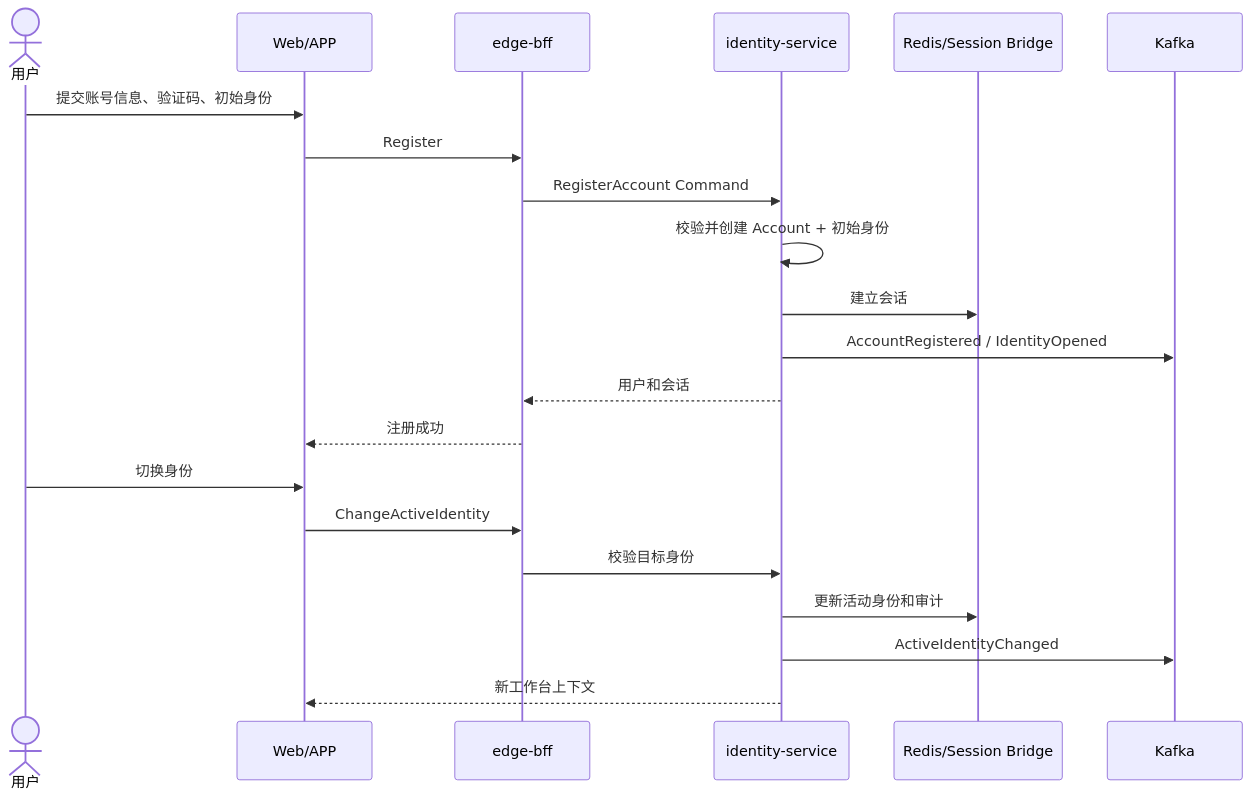
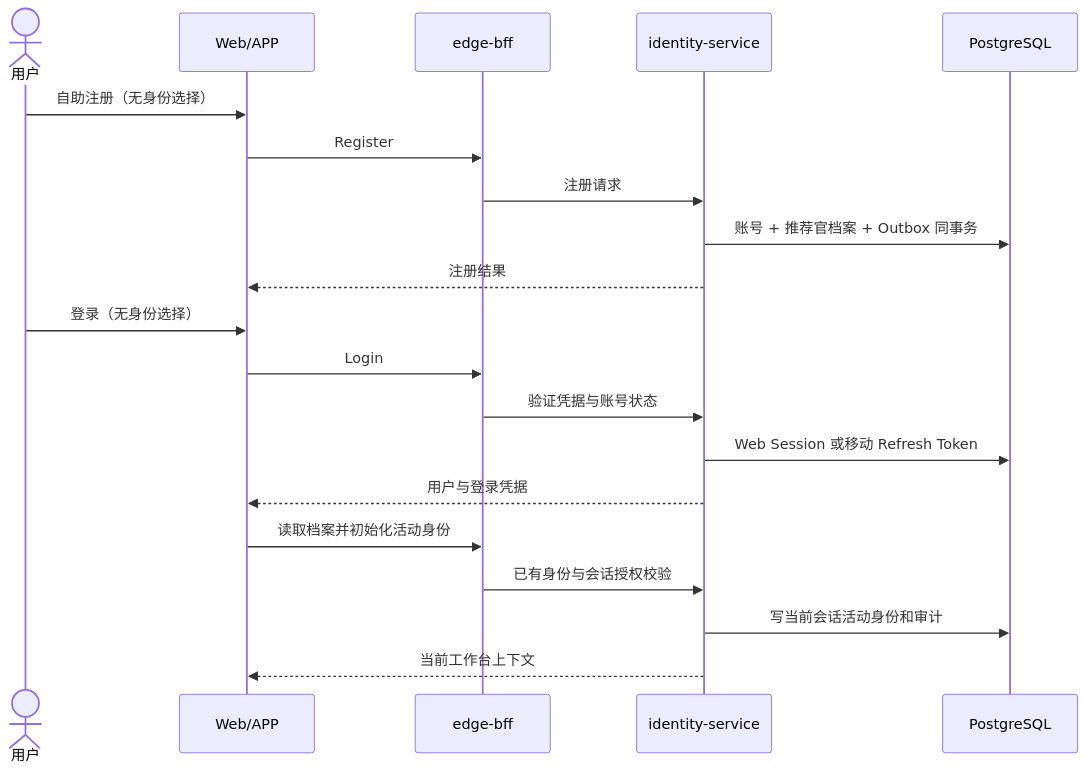
The fifth of 10 diagrams in docs/架构/草场系统技术总体设计（HLD-v0.1）.md (LXHeart/y-1), drawn with Mermaid before and after one commit. The commit also changed other lines of this file and 24 other files, not shown here.

````diff
--- a/docs/架构/草场系统技术总体设计（HLD-v0.1）.md
+++ b/docs/架构/草场系统技术总体设计（HLD-v0.1）.md
@@ -553,25 +577,24 @@
 ```mermaid
 sequenceDiagram
   actor User as 用户
   participant UI as Web/APP
   participant BFF as edge-bff
   participant Identity as identity-service
-  participant Session as Redis/Session Bridge
-  participant Kafka as Kafka
+  participant DB as PostgreSQL
 
-  User->>UI: 提交账号信息、验证码、初始身份
+  User->>UI: 自助注册（无身份选择）
   UI->>BFF: Register
-  BFF->>Identity: RegisterAccount Command
-  Identity->>Identity: 校验并创建 Account + 初始身份
-  Identity->>Session: 建立会话
-  Identity->>Kafka: AccountRegistered / IdentityOpened
-  Identity-->>BFF: 用户和会话
-  BFF-->>UI: 注册成功
+  BFF->>Identity: 注册请求
+  Identity->>DB: 账号 + 推荐官档案 + Outbox 同事务
+  Identity-->>UI: 注册结果
 
-  User->>UI: 切换身份
-  UI->>BFF: ChangeActiveIdentity
-  BFF->>Identity: 校验目标身份
-  Identity->>Session: 更新活动身份和审计
-  Identity->>Kafka: ActiveIdentityChanged
-  Identity-->>UI: 新工作台上下文
+  User->>UI: 登录（无身份选择）
+  UI->>BFF: Login
+  BFF->>Identity: 验证凭据与账号状态
+  Identity->>DB: Web Session 或移动 Refresh Token
+  Identity-->>UI: 用户与登录凭据
+  UI->>BFF: 读取档案并初始化活动身份
+  BFF->>Identity: 已有身份与会话授权校验
+  Identity->>DB: 写当前会话活动身份和审计
+  Identity-->>UI: 当前工作台上下文
 ```
````
